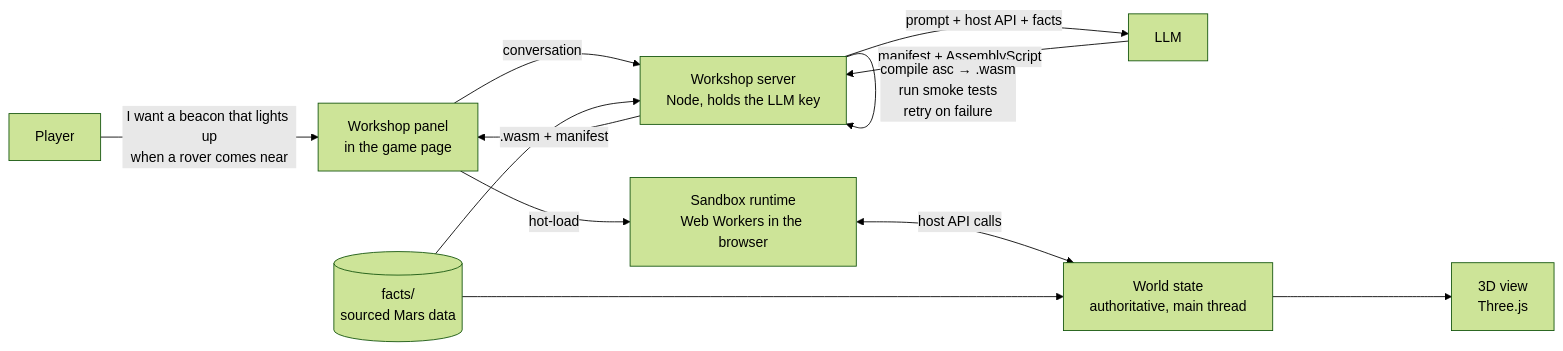
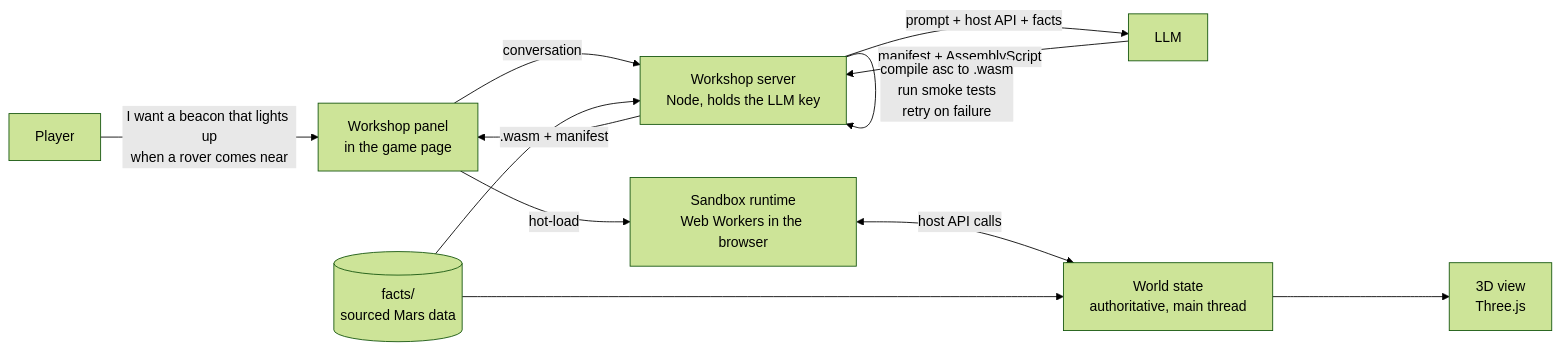
One commit to chingchang/mars-sandbox changed the first of 6 diagrams in docs/DEV_GUIDE.md. Above: the diagram before and after it, drawn with Mermaid (forest theme). The commit also changed other lines of this file, not shown here.

First line of the commit message:
Docs: fix Mermaid syntax (quoted labels, no semicolons in sequence messages)

````diff
--- a/docs/DEV_GUIDE.md
+++ b/docs/DEV_GUIDE.md
@@ -18,14 +18,14 @@
 ```mermaid
 flowchart LR
-    P[Player] -->|"I want a beacon that lights up<br/>when a rover comes near"| WS[Workshop panel<br/>in the game page]
-    WS -->|conversation| SRV[Workshop server<br/>Node, holds the LLM key]
-    SRV -->|prompt + host API + facts| LLM[LLM]
+    P["Player"] -->|"I want a beacon that lights up<br/>when a rover comes near"| WS["Workshop panel<br/>in the game page"]
+    WS -->|conversation| SRV["Workshop server<br/>Node, holds the LLM key"]
+    SRV -->|prompt + host API + facts| LLM["LLM"]
     LLM -->|manifest + AssemblyScript| SRV
-    SRV -->|compile asc → .wasm<br/>run smoke tests<br/>retry on failure| SRV
-    SRV -->|.wasm + manifest| WS
-    WS -->|hot-load| RT[Sandbox runtime<br/>Web Workers in the browser]
-    RT <-->|host API calls| W[World state<br/>authoritative, main thread]
-    W --> R[3D view<br/>Three.js]
-    F[(facts/<br/>sourced Mars data)] --> SRV
+    SRV -->|"compile asc to .wasm<br/>run smoke tests<br/>retry on failure"| SRV
+    SRV -->|".wasm + manifest"| WS
+    WS -->|hot-load| RT["Sandbox runtime<br/>Web Workers in the browser"]
+    RT <-->|host API calls| W["World state<br/>authoritative, main thread"]
+    W --> R["3D view<br/>Three.js"]
+    F[("facts/<br/>sourced Mars data")] --> SRV
     F --> W
 ```
````
